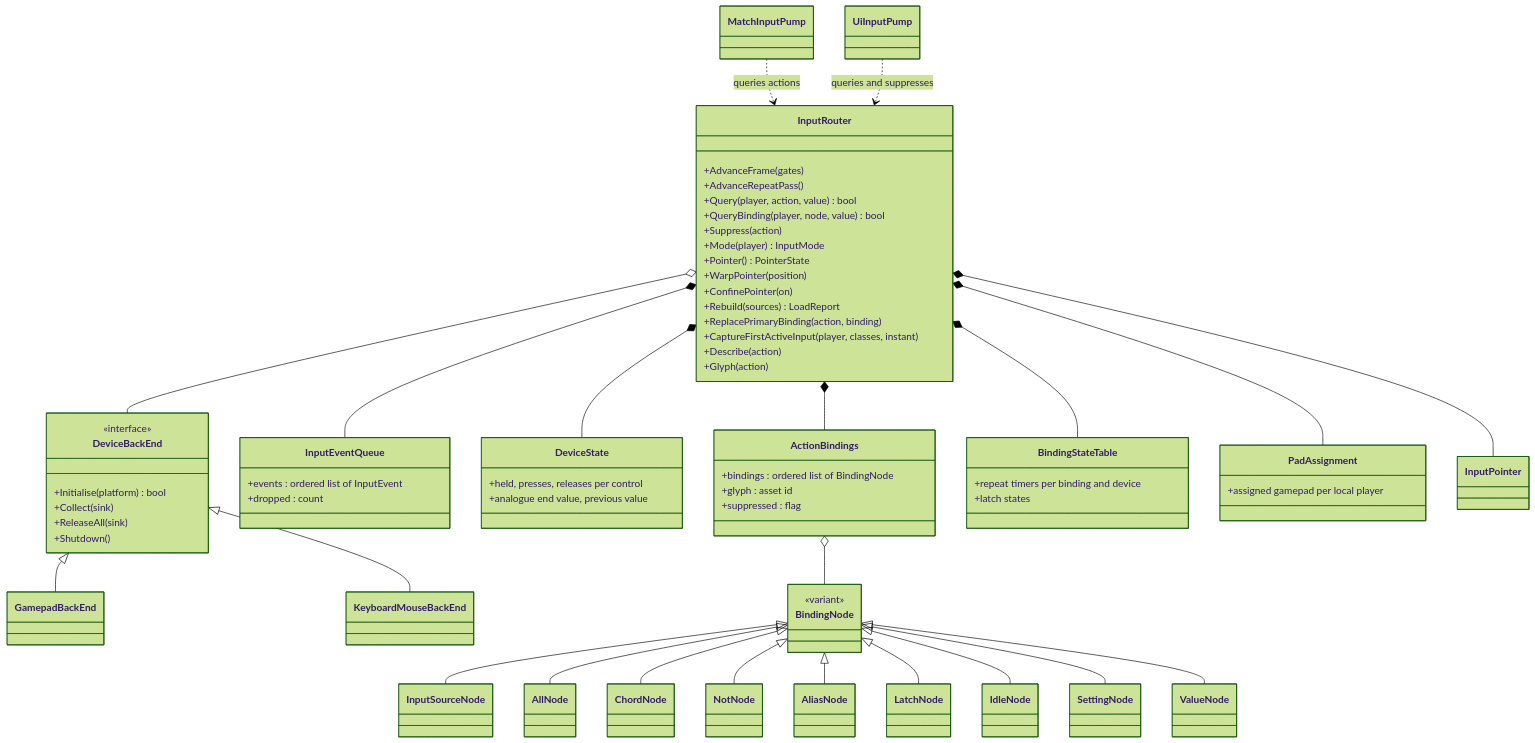
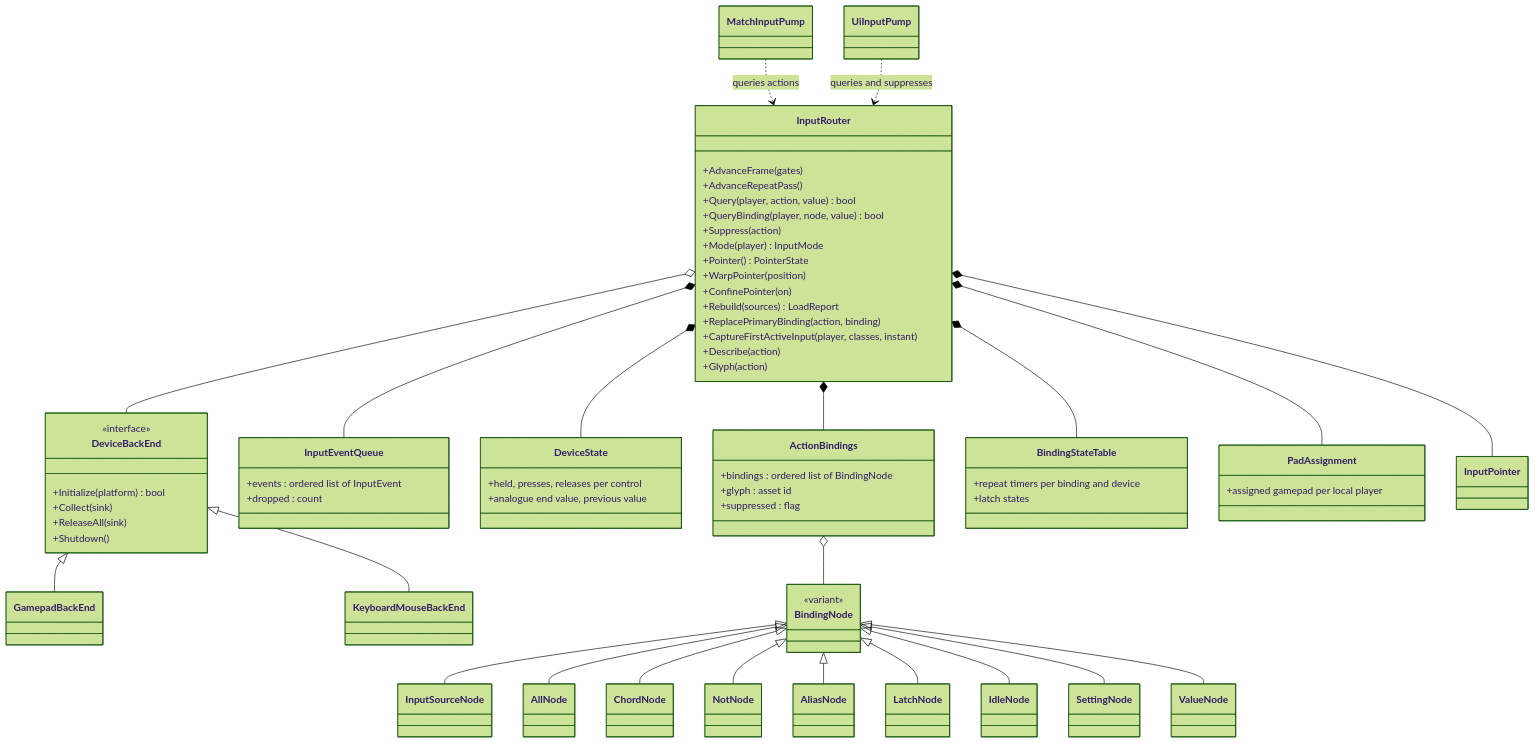
One commit to Zwaliebaba/Species.AI changed the diagram in design_next/architecture/components/input/README.md. Above: the diagram before and after it, drawn with Mermaid (forest theme). The commit also changed other lines of this file and 44 other files, not shown here.

```diff
--- a/design_next/architecture/components/input/README.md
+++ b/design_next/architecture/components/input/README.md
@@ -314,7 +370,7 @@
   }
   class DeviceBackEnd {
     <<interface>>
-    +Initialise(platform) bool
+    +Initialize(platform) bool
     +Collect(sink)
     +ReleaseAll(sink)
     +Shutdown()
```
